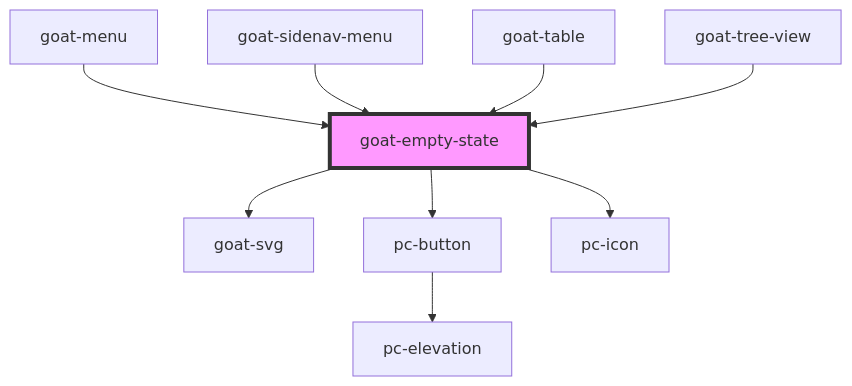
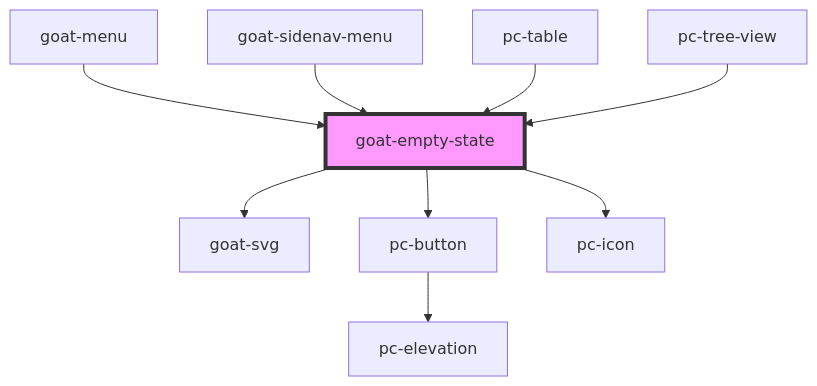
The diagram in src/components/application/empty-state/readme.md (redvars/peacock), drawn with Mermaid before and after one commit. The commit also changed other lines of this file and 127 other files, not shown here.

````diff
--- a/src/components/application/empty-state/readme.md
+++ b/src/components/application/empty-state/readme.md
@@ -37,12 +37,12 @@
 ```mermaid
 graph TD;
   goat-empty-state --> goat-svg
   goat-empty-state --> pc-button
   goat-empty-state --> pc-icon
   pc-button --> pc-elevation
   goat-menu --> goat-empty-state
   goat-sidenav-menu --> goat-empty-state
-  goat-table --> goat-empty-state
-  goat-tree-view --> goat-empty-state
+  pc-table --> goat-empty-state
+  pc-tree-view --> goat-empty-state
   style goat-empty-state fill:#f9f,stroke:#333,stroke-width:4px
 ```
````
